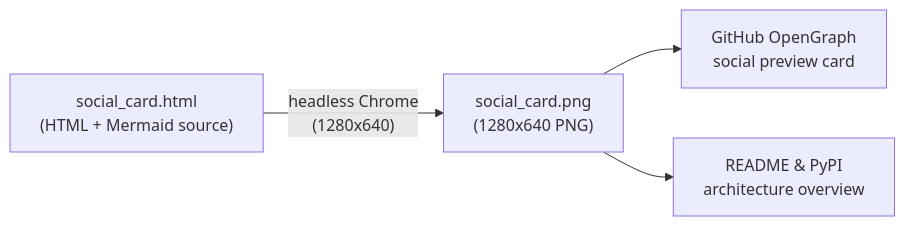
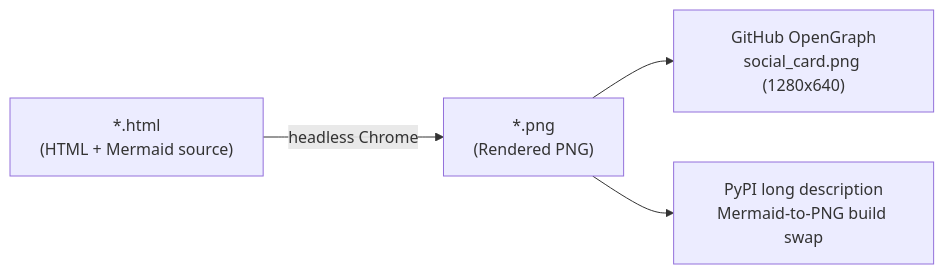
One commit to statmike/adk-smart-router changed the diagram in docs/assets/README.md. Above: the diagram before and after it, drawn with Mermaid. The commit also changed other lines of this file and 12 other files, not shown here.

Commit message:
docs(release): swap README Mermaid blocks to PNGs for PyPI and add zero-churn RC tag stamping

````diff
--- a/docs/assets/README.md
+++ b/docs/assets/README.md
@@ -5,6 +5,6 @@
 ```mermaid
 flowchart LR
-    HTML["social_card.html<br/>(HTML + Mermaid source)"] -->|"headless Chrome<br/>(1280x640)"| PNG["social_card.png<br/>(1280x640 PNG)"]
-    PNG --> OG["GitHub OpenGraph<br/>social preview card"]
-    PNG --> PYPI["README & PyPI<br/>architecture overview"]
+    HTML["*.html<br/>(HTML + Mermaid source)"] -->|"headless Chrome"| PNG["*.png<br/>(Rendered PNG)"]
+    PNG --> OG["GitHub OpenGraph<br/>social_card.png (1280x640)"]
+    PNG --> PYPI["PyPI long description<br/>Mermaid-to-PNG build swap"]
 ```
````
